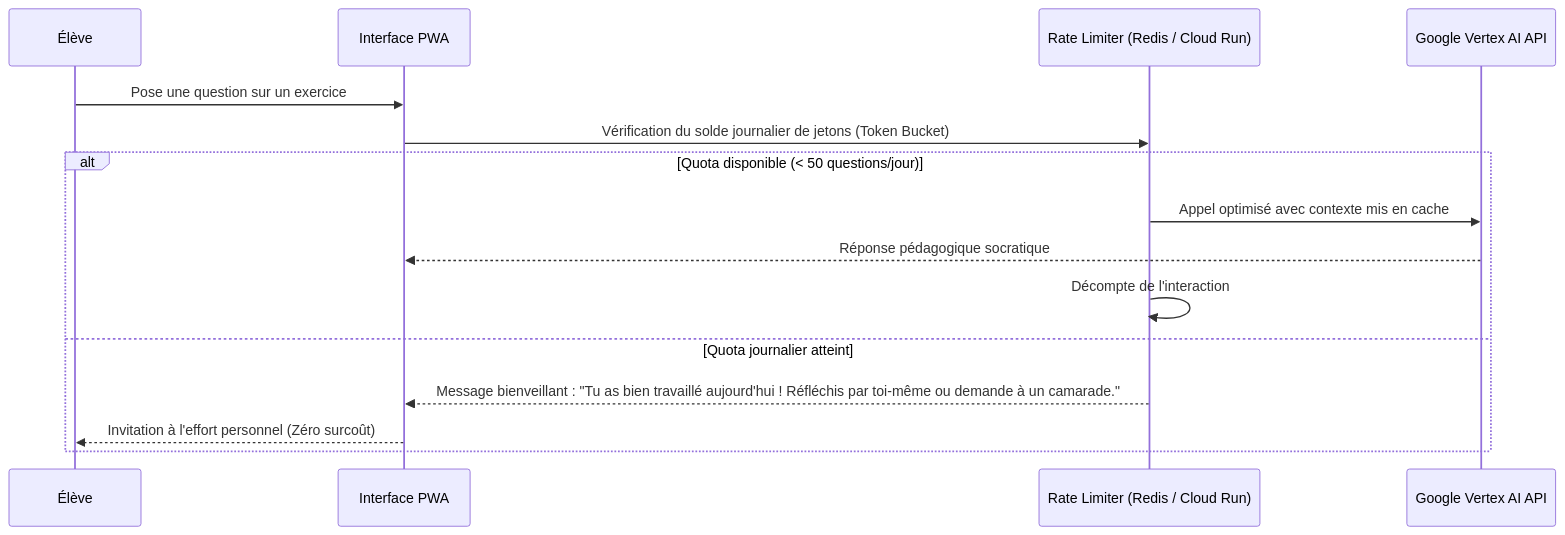
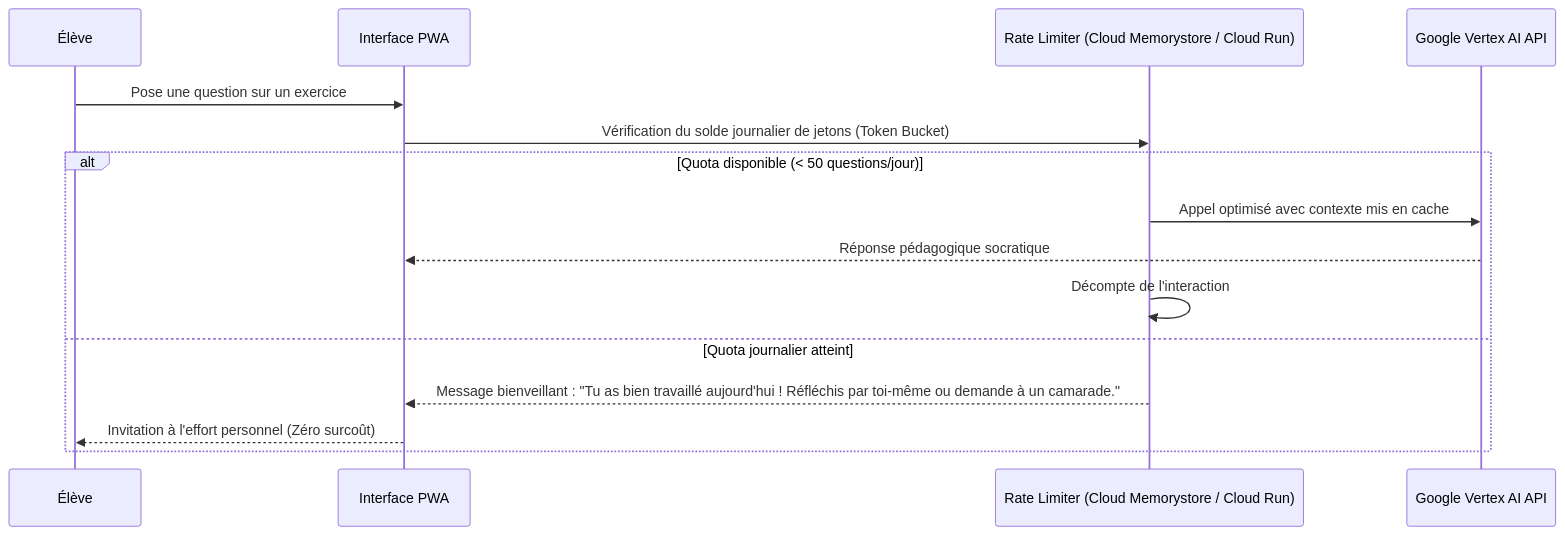
The second of 2 diagrams in tome-17/302/README.md (Adolphechris/clenel-elysium), drawn with Mermaid before and after one commit. The commit also changed other lines of this file and 39 other files, not shown here.

````diff
--- a/tome-17/302/README.md
+++ b/tome-17/302/README.md
@@ -53,18 +53,18 @@
 ```mermaid
 sequenceDiagram
     participant ELEVE as Élève
     participant PWA as Interface PWA
-    participant RATE as Rate Limiter (Redis / Cloud Run)
+    participant RATE as Rate Limiter (Cloud Memorystore / Cloud Run)
     participant VERTEX as Google Vertex AI API
 
     ELEVE->>PWA: Pose une question sur un exercice
     PWA->>RATE: Vérification du solde journalier de jetons (Token Bucket)
     alt Quota disponible (< 50 questions/jour)
         RATE->>VERTEX: Appel optimisé avec contexte mis en cache
         VERTEX-->>PWA: Réponse pédagogique socratique
         RATE->>RATE: Décompte de l'interaction
     else Quota journalier atteint
         RATE-->>PWA: Message bienveillant : "Tu as bien travaillé aujourd'hui ! Réfléchis par toi-même ou demande à un camarade."
         PWA-->>ELEVE: Invitation à l'effort personnel (Zéro surcoût)
     end
 ```
````
